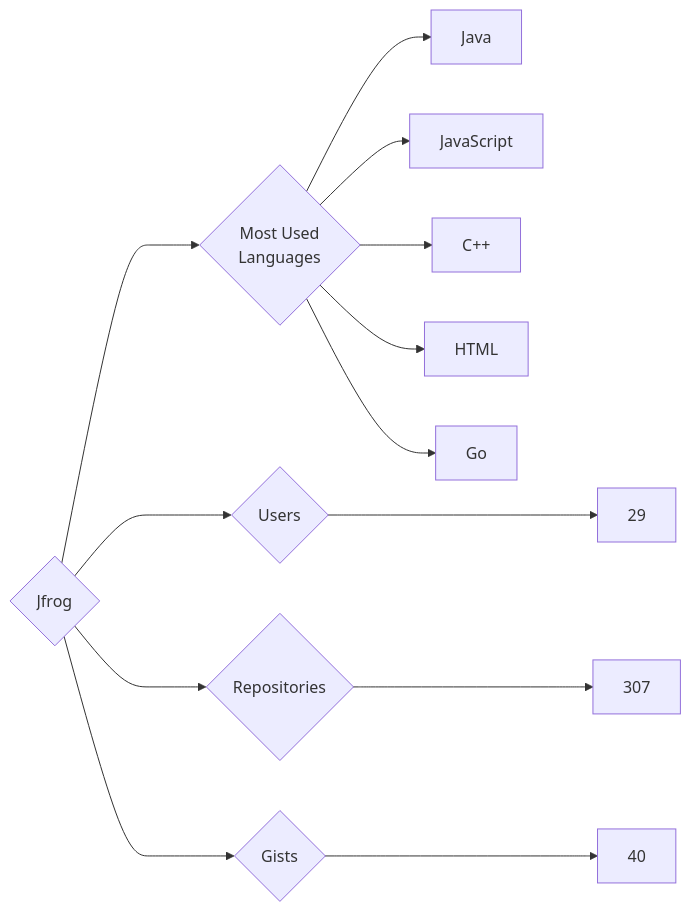
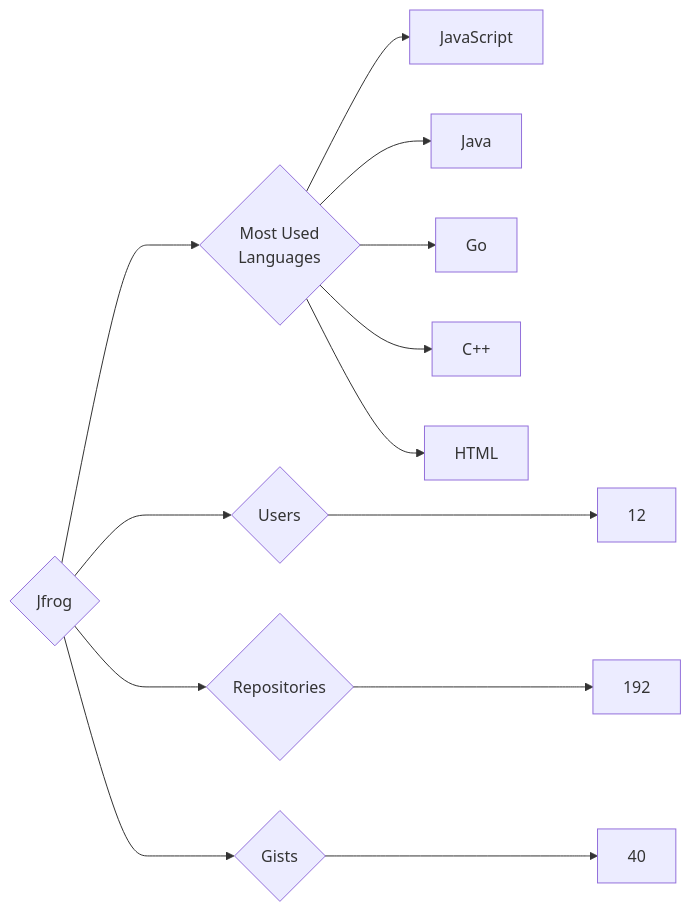
The diagram in targets/Jfrog/README.md (trickest/insiders), drawn with Mermaid before and after one commit. The commit also changed 745 other files, not shown here.

````diff
--- a/targets/Jfrog/README.md
+++ b/targets/Jfrog/README.md
@@ -3,13 +3,13 @@
 ```mermaid
 graph LR
 COMPANY_NAME{Jfrog}
-COMPANY_NAME ---> U{Users} ---> UN[29]
-COMPANY_NAME ---> R{Repositories} ---> RN[307]
+COMPANY_NAME ---> U{Users} ---> UN[12]
+COMPANY_NAME ---> R{Repositories} ---> RN[192]
 COMPANY_NAME ---> G{Gists} ---> GN[40]
 COMPANY_NAME ---> ML{Most Used<br>Languages}
+ML --> JavaScript[JavaScript]
 ML --> Java[Java]
-ML --> JavaScript[JavaScript]
+ML --> Go[Go]
 ML --> C++[C++]
 ML --> HTML[HTML]
-ML --> Go[Go]
 ```
````
